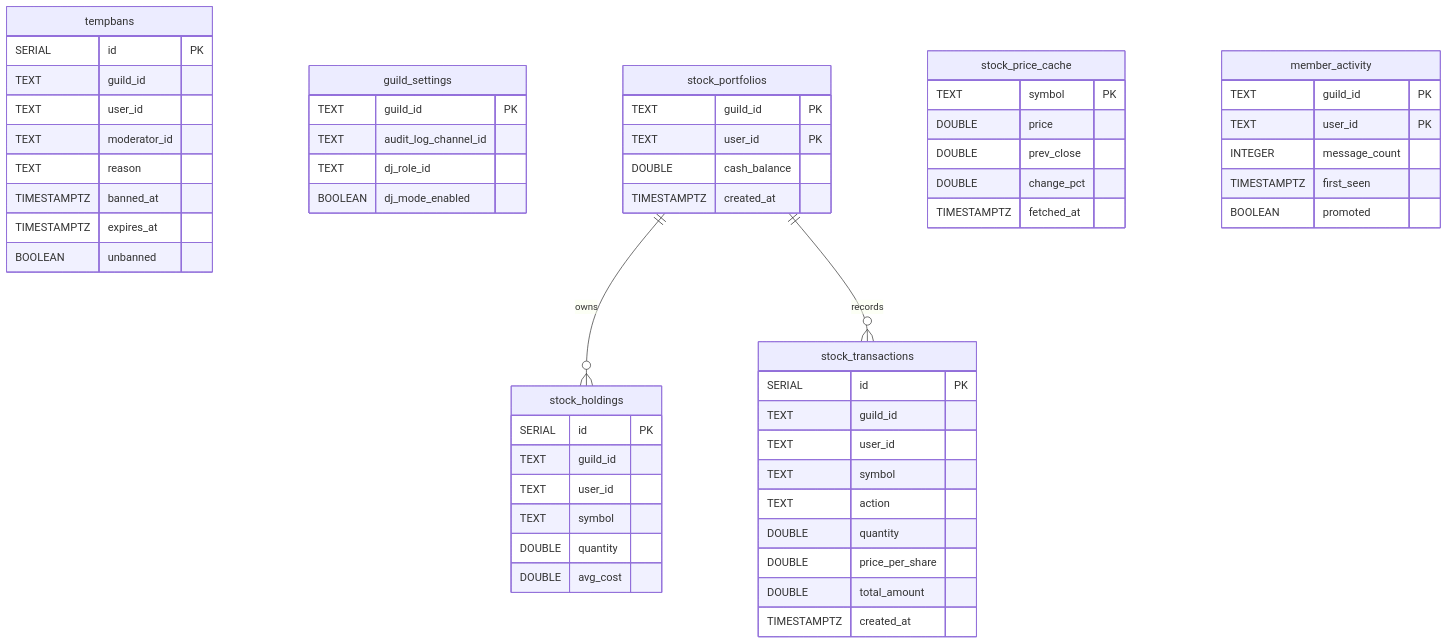
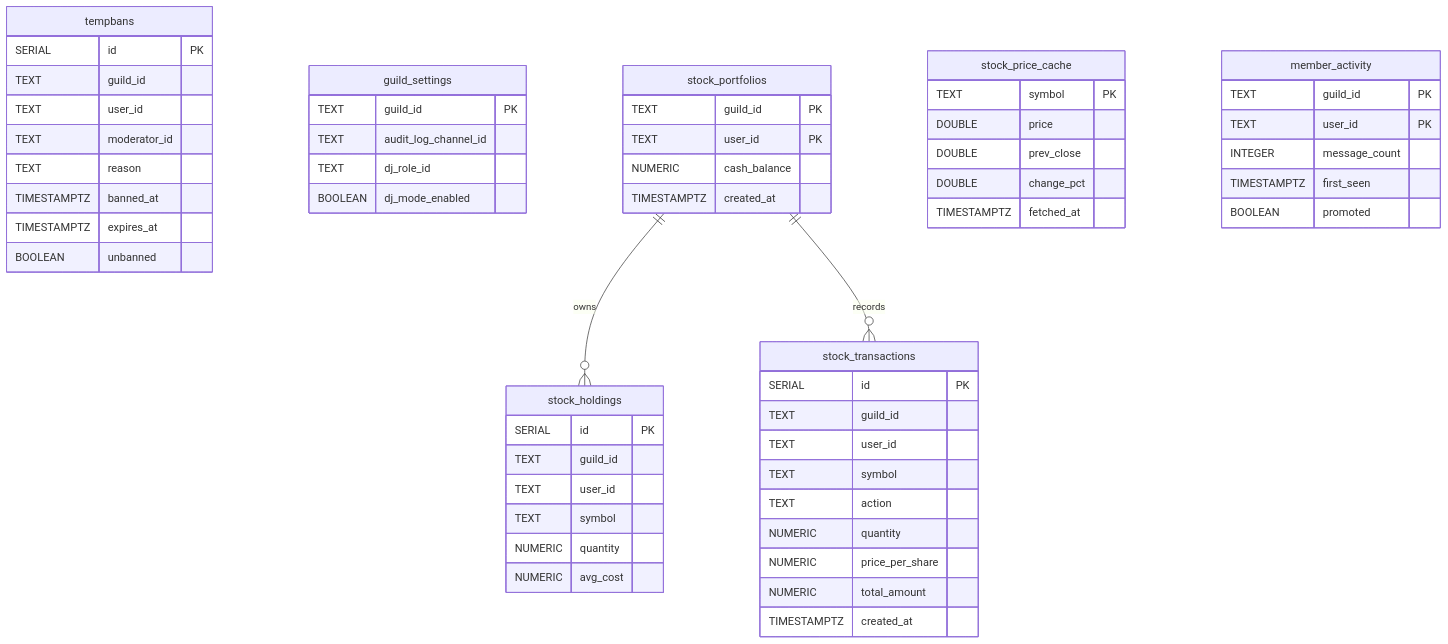
One commit to MrMcEpic/discord-bot-rs changed the diagram in docs/architecture/database-schema.md. Above: the diagram before and after it, drawn with Mermaid. The commit also changed other lines of this file and 25 other files, not shown here.

````diff
--- a/docs/architecture/database-schema.md
+++ b/docs/architecture/database-schema.md
@@ -28,60 +28,60 @@
 ```mermaid
 erDiagram
     tempbans {
         SERIAL id PK
         TEXT guild_id
         TEXT user_id
         TEXT moderator_id
         TEXT reason
         TIMESTAMPTZ banned_at
         TIMESTAMPTZ expires_at
         BOOLEAN unbanned
     }
     guild_settings {
         TEXT guild_id PK
         TEXT audit_log_channel_id
         TEXT dj_role_id
         BOOLEAN dj_mode_enabled
     }
     stock_portfolios {
         TEXT guild_id PK
         TEXT user_id PK
-        DOUBLE cash_balance
+        NUMERIC cash_balance
         TIMESTAMPTZ created_at
     }
     stock_holdings {
         SERIAL id PK
         TEXT guild_id
         TEXT user_id
         TEXT symbol
-        DOUBLE quantity
-        DOUBLE avg_cost
+        NUMERIC quantity
+        NUMERIC avg_cost
     }
     stock_transactions {
         SERIAL id PK
         TEXT guild_id
         TEXT user_id
         TEXT symbol
         TEXT action
-        DOUBLE quantity
-        DOUBLE price_per_share
-        DOUBLE total_amount
+        NUMERIC quantity
+        NUMERIC price_per_share
+        NUMERIC total_amount
         TIMESTAMPTZ created_at
     }
     stock_price_cache {
         TEXT symbol PK
         DOUBLE price
         DOUBLE prev_close
         DOUBLE change_pct
         TIMESTAMPTZ fetched_at
     }
     member_activity {
         TEXT guild_id PK
         TEXT user_id PK
         INTEGER message_count
         TIMESTAMPTZ first_seen
         BOOLEAN promoted
     }
     stock_portfolios ||--o{ stock_holdings : "owns"
     stock_portfolios ||--o{ stock_transactions : "records"
 ```
````
